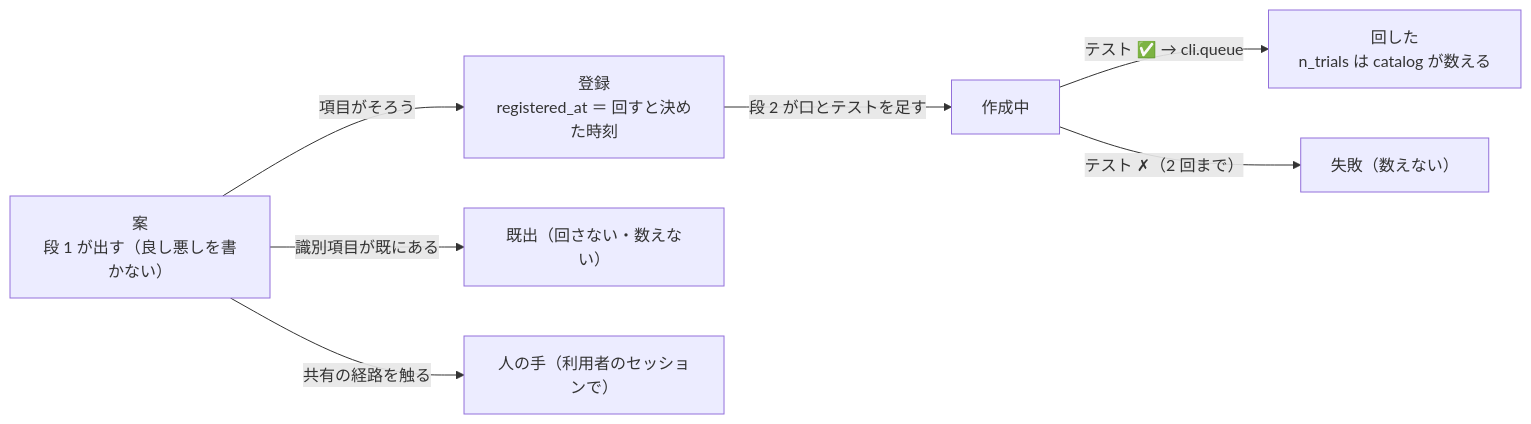
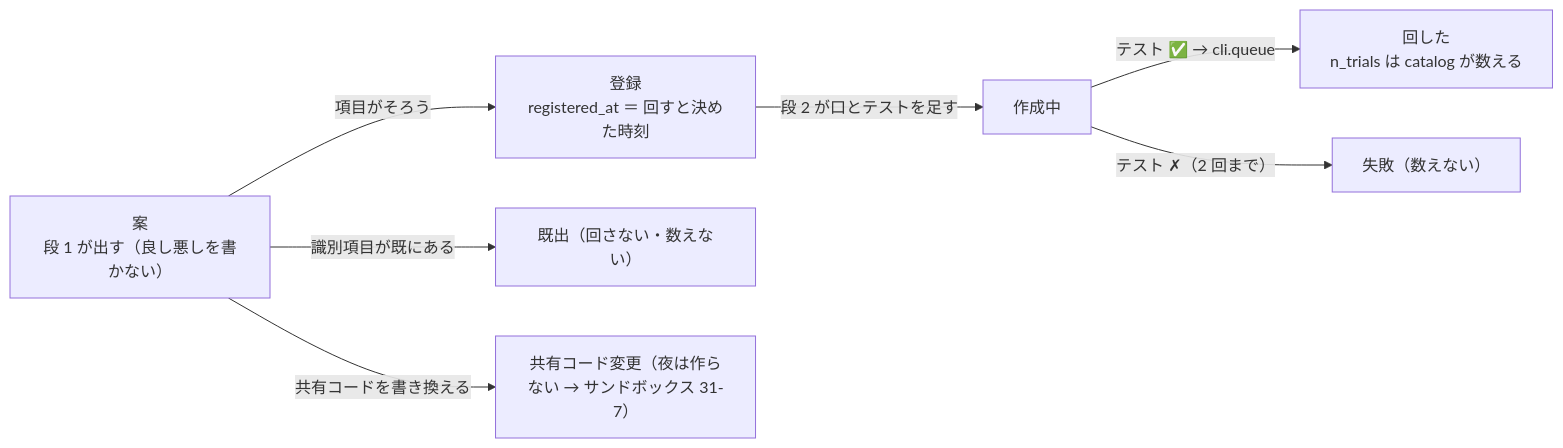
Diagram 35 of 38 in docs/specs/experiments/feature-discovery/rules.md (akiraak/ai-income-lab), drawn with Mermaid before and after one commit. The commit also changed other lines of this file and 38 other files, not shown here.

````diff
--- a/docs/specs/experiments/feature-discovery/rules.md
+++ b/docs/specs/experiments/feature-discovery/rules.md
@@ -2146,9 +2147,9 @@
 ```mermaid
 flowchart LR
   A["案<br/>段 1 が出す（良し悪しを書かない）"] -->|"項目がそろう"| R["登録<br/>registered_at ＝ 回すと決めた時刻"]
   R -->|"段 2 が口とテストを足す"| B["作成中"]
   B -->|"テスト ✅ → cli.queue"| D["回した<br/>n_trials は catalog が数える"]
   B -->|"テスト ✗（2 回まで）"| F["失敗（数えない）"]
   A -->|"識別項目が既にある"| X["既出（回さない・数えない）"]
-  A -->|"共有の経路を触る"| H["人の手（利用者のセッションで）"]
+  A -->|"共有コードを書き換える"| H["共有コード変更（夜は作らない → サンドボックス 31-7）"]
 ```
````
